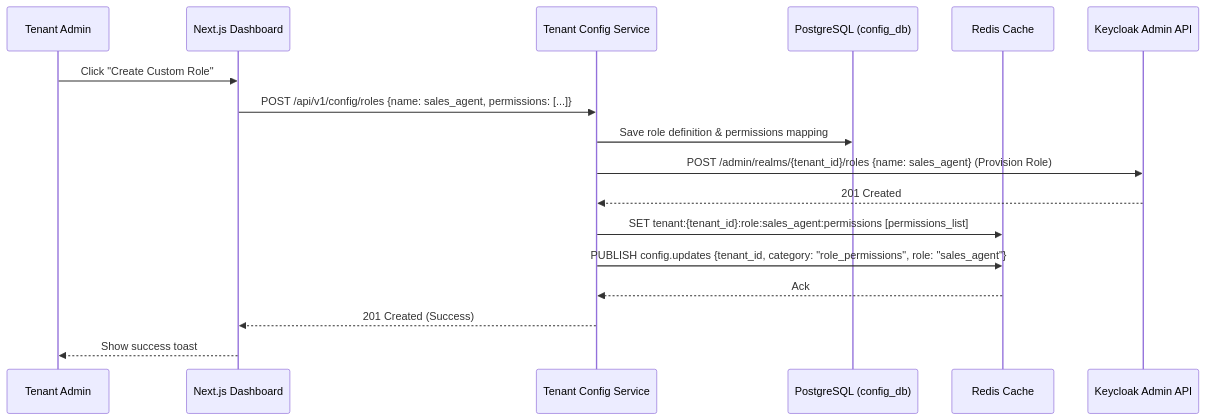
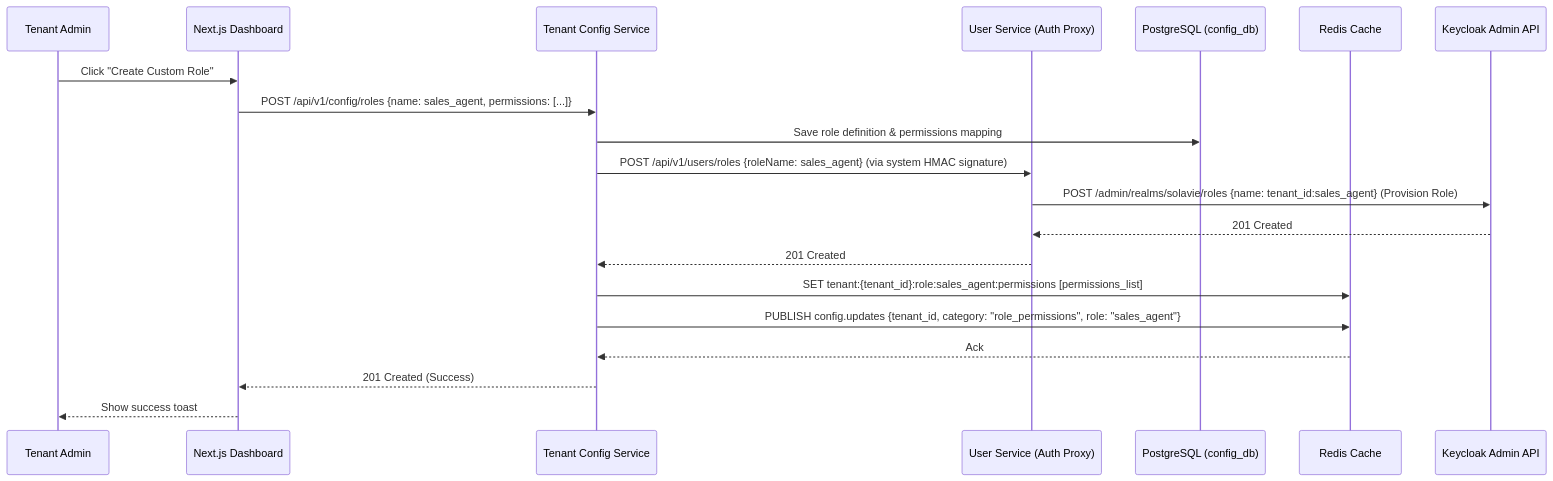
Before and after one commit to hugg4u/solavie-platform: the third of 6 diagrams in specs/services/auth/design.md, drawn with Mermaid. The commit also changed 15 other files, not shown here.

Commit message:
feat(auth-proxy): complete phase 3 with security hardening and gateway validation

````diff
--- a/specs/services/auth/design.md
+++ b/specs/services/auth/design.md
@@ -197,20 +197,23 @@
 ```mermaid
 sequenceDiagram
     participant Admin as Tenant Admin
     participant Dashboard as Next.js Dashboard
     participant TCS as Tenant Config Service
+    participant US as User Service (Auth Proxy)
     participant DB as PostgreSQL (config_db)
     participant Redis as Redis Cache
     participant KC as Keycloak Admin API
 
     Admin->>Dashboard: Click "Create Custom Role"
     Dashboard->>TCS: POST /api/v1/config/roles {name: sales_agent, permissions: [...]}
     TCS->>DB: Save role definition & permissions mapping
-    TCS->>KC: POST /admin/realms/{tenant_id}/roles {name: sales_agent} (Provision Role)
-    KC-->>TCS: 201 Created
+    TCS->>US: POST /api/v1/users/roles {roleName: sales_agent} (via system HMAC signature)
+    US->>KC: POST /admin/realms/solavie/roles {name: tenant_id:sales_agent} (Provision Role)
+    KC-->>US: 201 Created
+    US-->>TCS: 201 Created
     TCS->>Redis: SET tenant:{tenant_id}:role:sales_agent:permissions [permissions_list]
     TCS->>Redis: PUBLISH config.updates {tenant_id, category: "role_permissions", role: "sales_agent"}
     Redis-->>TCS: Ack
     TCS-->>Dashboard: 201 Created (Success)
     Dashboard-->>Admin: Show success toast
 ```
````
